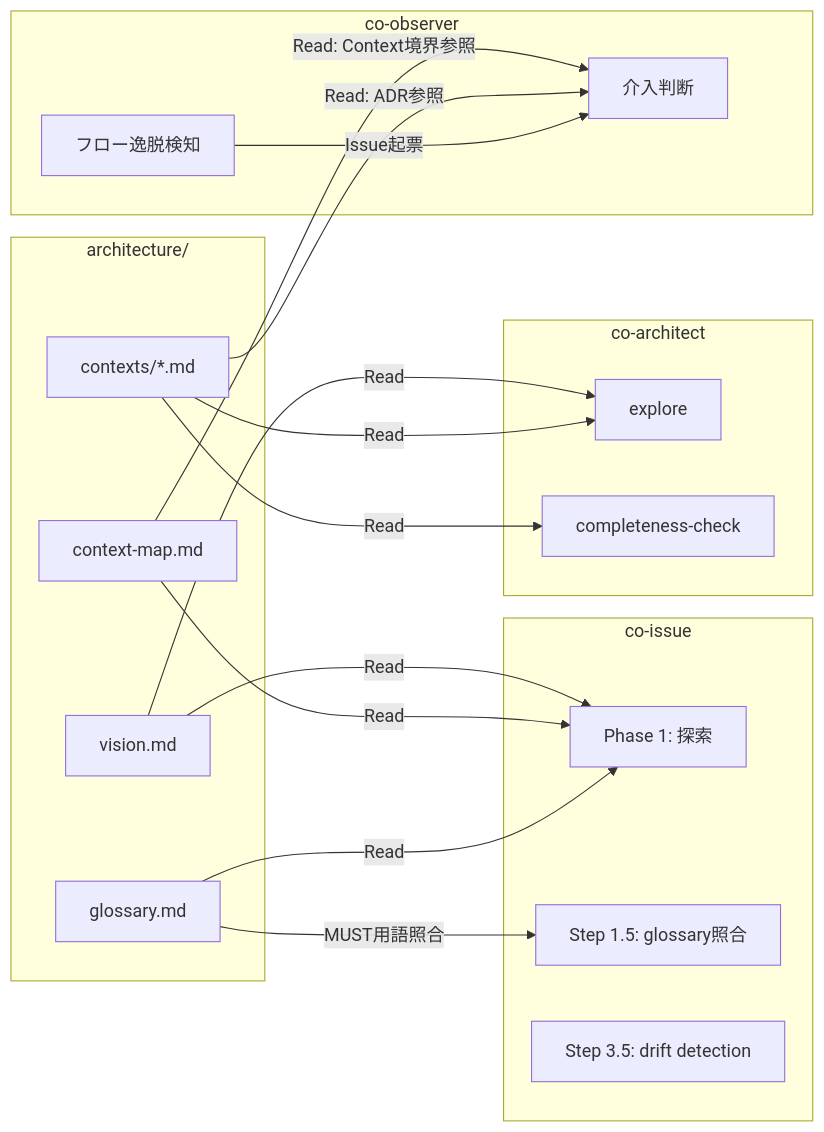
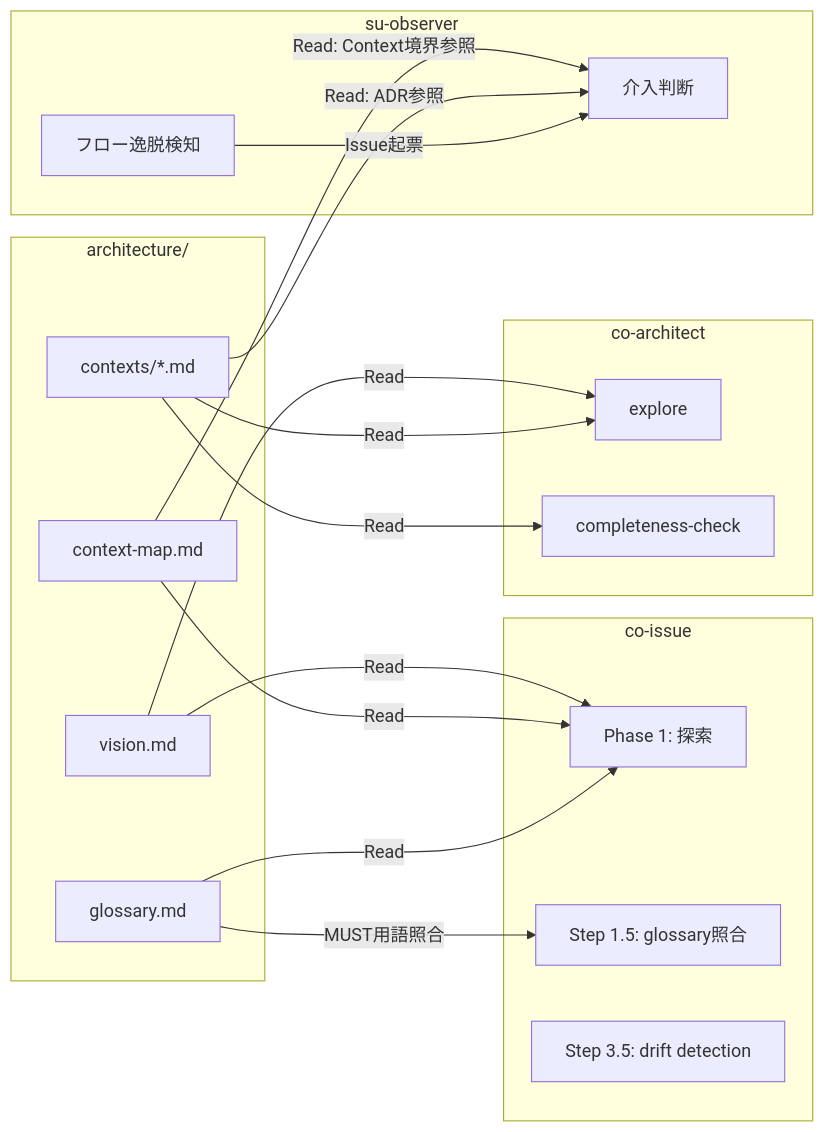
One commit to shuu5/twill changed the second of 2 diagrams in plugins/twl/architecture/domain/context-map.md. Above: the diagram before and after it, drawn with Mermaid. The commit also changed other lines of this file and 1 other file, not shown here.

First line of the commit message:
docs(context-map): Observer Context を Supervision に更新

````diff
--- a/plugins/twl/architecture/domain/context-map.md
+++ b/plugins/twl/architecture/domain/context-map.md
@@ -104,38 +104,38 @@
 ```mermaid
 graph LR
     subgraph "architecture/"
         V["vision.md"]
         CM["context-map.md"]
         G["glossary.md"]
         CTX["contexts/*.md"]
     end
 
     subgraph "co-issue"
         P1["Phase 1: 探索"]
         S15["Step 1.5: glossary照合"]
         S35["Step 3.5: drift detection"]
     end
 
     subgraph "co-architect"
         E["explore"]
         CC["completeness-check"]
     end
 
-    subgraph "co-observer"
+    subgraph "su-observer"
         OJ["介入判断"]
         OA["フロー逸脱検知"]
     end
 
     V -->|"Read"| P1
     CM -->|"Read"| P1
     G -->|"Read"| P1
     G -->|"MUST用語照合"| S15
 
     V -->|"Read"| E
     CTX -->|"Read"| E
     CTX -->|"Read"| CC
 
     CM -->|"Read: Context境界参照"| OJ
     CTX -->|"Read: ADR参照"| OJ
     OA -->|"Issue起票"| OJ
 ```
````
